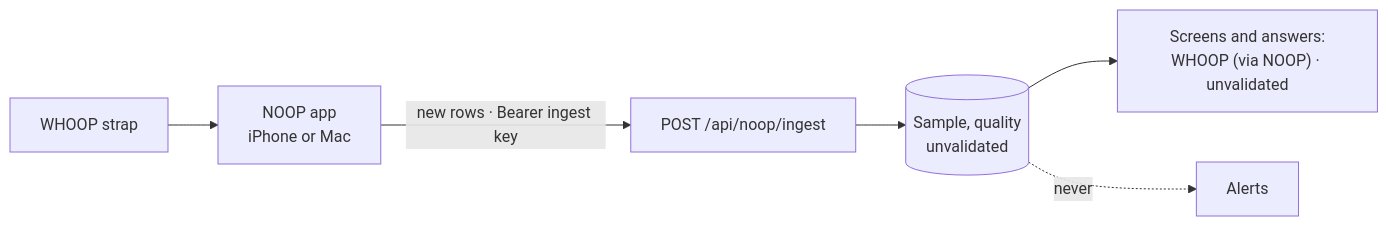
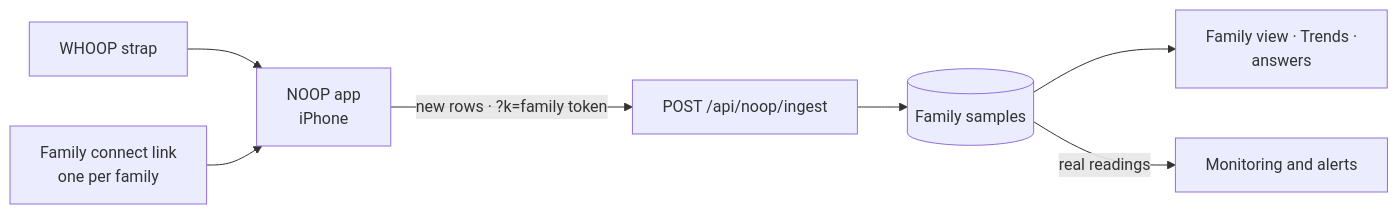
Before and after one commit to 42nights/telly: diagram 12 of 14 in README.md, drawn with Mermaid. The commit also changed other lines of this file and 2 other files, not shown here.

````diff
--- a/README.md
+++ b/README.md
@@ -346,8 +348,9 @@
 ```mermaid
 flowchart LR
-    strap["WHOOP strap"] --> noop["NOOP app<br/>iPhone or Mac"]
-    noop -->|"new rows · Bearer ingest key"| api["POST /api/noop/ingest"]
-    api --> db[("Sample, quality<br/>unvalidated")]
-    db --> show["Screens and answers:<br/>WHOOP (via NOOP) · unvalidated"]
-    db -.->|"never"| alert["Alerts"]
+    strap["WHOOP strap"] --> noop["NOOP app<br/>iPhone"]
+    link["Family connect link<br/>one per family"] --> noop
+    noop -->|"new rows · ?k=family token"| api["POST /api/noop/ingest"]
+    api --> db[("Family samples")]
+    db --> show["Family view · Trends ·<br/>answers"]
+    db -->|"real readings"| alert["Monitoring and alerts"]
 ```
````
